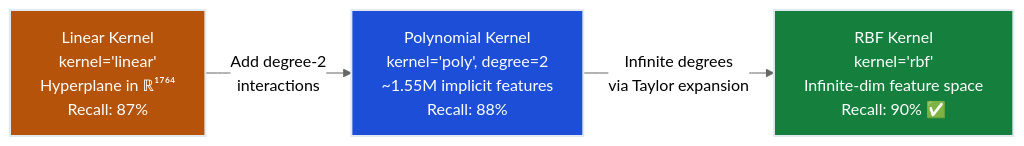
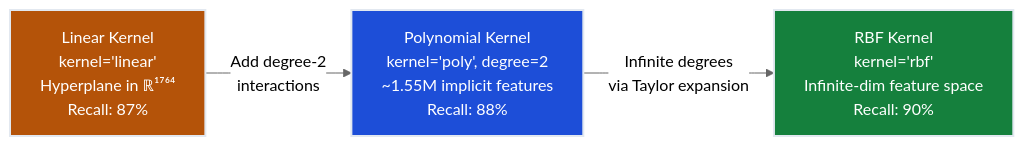
One commit to dsgouda7/ai-portfolio changed the sixth of 6 diagrams in notes/01-ml/02-classification/ch04_svm/README.md. Above: the diagram before and after it, drawn with Mermaid (neutral theme). The commit also changed other lines of this file and 179 other files, not shown here.

````diff
--- a/notes/01-ml/02-classification/ch04_svm/README.md
+++ b/notes/01-ml/02-classification/ch04_svm/README.md
@@ -816,10 +816,10 @@
 ```mermaid
 graph LR
-    A["Linear Kernel\nkernel='linear'\nHyperplane in ℝ¹⁷⁶⁴\nRecall: 87%"] -->|"Add degree-2\ninteractions"| B
-    B["Polynomial Kernel\nkernel='poly', degree=2\n~1.55M implicit features\nRecall: 88%"] -->|"Infinite degrees\nvia Taylor expansion"| C
-    C["RBF Kernel\nkernel='rbf'\nInfinite-dim feature space\nRecall: 90% ✅"]
+ A["Linear Kernel\nkernel='linear'\nHyperplane in ℝ¹⁷⁶⁴\nRecall: 87%"] -->|"Add degree-2\ninteractions"| B
+ B["Polynomial Kernel\nkernel='poly', degree=2\n~1.55M implicit features\nRecall: 88%"] -->|"Infinite degrees\nvia Taylor expansion"| C
+ C["RBF Kernel\nkernel='rbf'\nInfinite-dim feature space\nRecall: 90% "]
 
-    style A fill:#b45309,stroke:#e2e8f0,stroke-width:2px,color:#ffffff
-    style B fill:#1d4ed8,stroke:#e2e8f0,stroke-width:2px,color:#ffffff
-    style C fill:#15803d,stroke:#e2e8f0,stroke-width:2px,color:#ffffff
+ style A fill:#b45309,stroke:#e2e8f0,stroke-width:2px,color:#ffffff
+ style B fill:#1d4ed8,stroke:#e2e8f0,stroke-width:2px,color:#ffffff
+ style C fill:#15803d,stroke:#e2e8f0,stroke-width:2px,color:#ffffff
 ```
````
